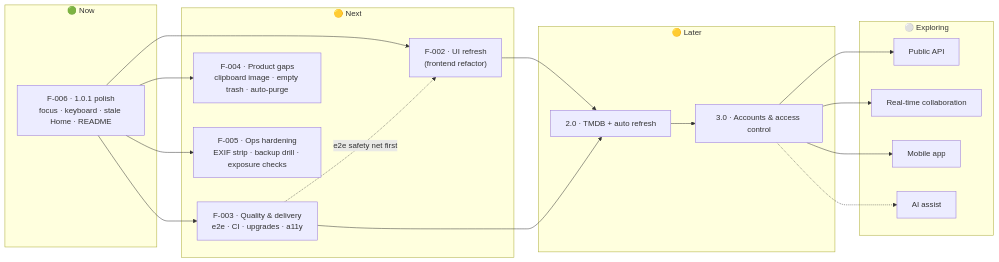
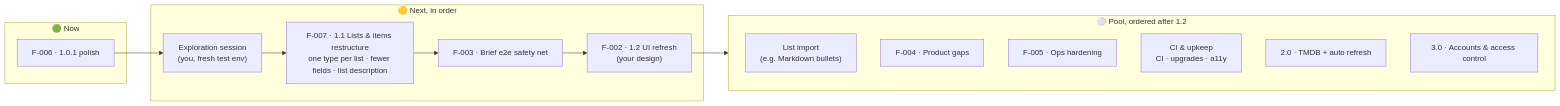
One commit to 0xfederama/collections-app changed the second of 2 diagrams in ROADMAP.md. Above: the diagram before and after it, drawn with Mermaid. The commit also changed other lines of this file and 3 other files, not shown here.

Commit message:
docs(roadmap): re-plan after 1.0 (D-078): exploration → F-007 restructure → brief e2e → UI refresh, then pool

````diff
--- a/ROADMAP.md
+++ b/ROADMAP.md
@@ -65,29 +67,21 @@
 ```mermaid
 flowchart LR
     subgraph NOW["🟢 Now"]
-        F006["F-006 · 1.0.1 polish<br/>focus · keyboard · stale Home · README"]
+        F006["F-006 · 1.0.1 polish"]
     end
-    subgraph NEXT["🟡 Next"]
-        F002["F-002 · UI refresh<br/>(frontend refactor)"]
-        F003["F-003 · Quality & delivery<br/>e2e · CI · upgrades · a11y"]
-        F004["F-004 · Product gaps<br/>clipboard image · empty trash · auto-purge"]
-        F005["F-005 · Ops hardening<br/>EXIF strip · backup drill · exposure checks"]
+    subgraph NEXT["🟡 Next, in order"]
+        EXP["Exploration session<br/>(you, fresh test env)"]
+        F007["F-007 · 1.1 Lists & items restructure<br/>one type per list · fewer fields · list description"]
+        F003["F-003 · Brief e2e safety net"]
+        F002["F-002 · 1.2 UI refresh<br/>(your design)"]
     end
-    subgraph LATER["🟡 Later"]
+    subgraph POOL["⚪ Pool, ordered after 1.2"]
+        IMP["List import<br/>(e.g. Markdown bullets)"]
+        F004["F-004 · Product gaps"]
+        F005["F-005 · Ops hardening"]
+        UPK["CI & upkeep<br/>CI · upgrades · a11y"]
         P2["2.0 · TMDB + auto refresh"]
         P3["3.0 · Accounts & access control"]
     end
-    subgraph EXPLORE["⚪ Exploring"]
-        X1["Public API"]
-        X2["Real-time collaboration"]
-        X3["Mobile app"]
-        X4["AI assist"]
-    end
-    F006 --> F002 & F003 & F004 & F005
-    F003 -.->|e2e safety net first| F002
-    F002 --> P2
-    F003 --> P2
-    P2 --> P3
-    P3 --> X1 & X2 & X3
-    P3 -.-> X4
+    F006 --> EXP --> F007 --> F003 --> F002 --> POOL
 ```
````
